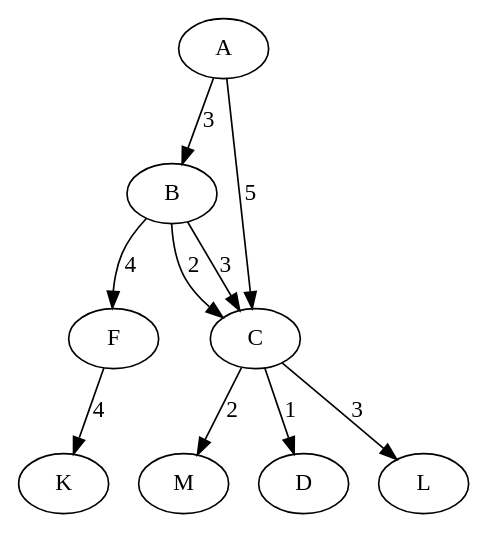
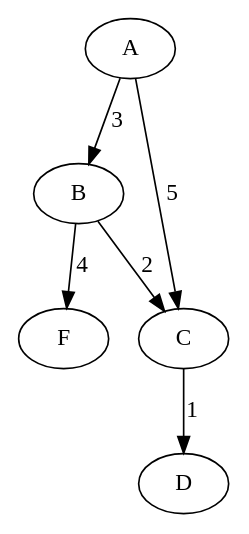
Before and after one commit to anemon-a/Graphs: the diagram in src/graph.dot, drawn with Graphviz. The commit also changed 2 other files, not shown here.

Commit message:
Update src/graph.dot, src/parcer.cc, src/parser.h

```diff
--- a/src/graph.dot
+++ b/src/graph.dot
@@ -1,7 +1,7 @@
 digraph G {
-    A -> B -> C -> L [label="3"];
+    A -> B [label="3"];
     A -> C [label="5"];
-    B -> C -> M [label="2"];
-    B -> F -> K [label="4"];
+    B -> C [label="2"];
+    B -> F [label="4"];
     C -> D [label="1"];
 }
```
